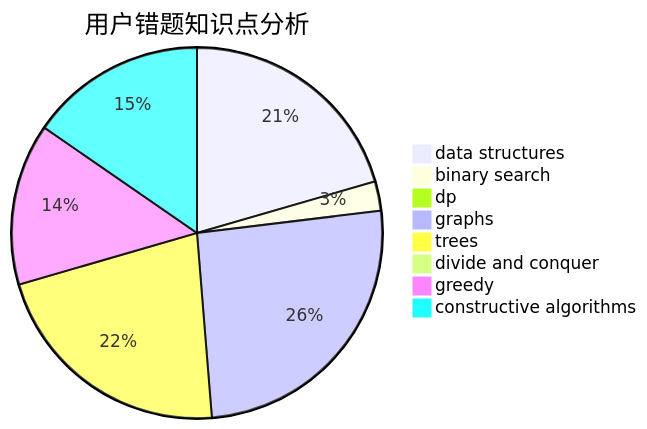
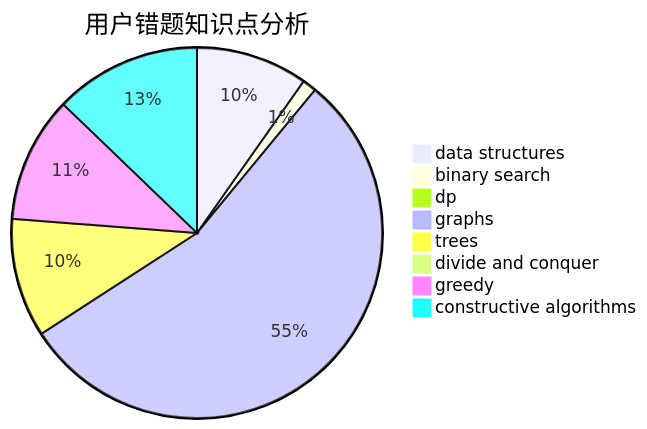
One commit to sherpahu/cfrs.github.io changed the third of 3 diagrams in docs/user/u2718.md. Above: the diagram before and after it, drawn with Mermaid. The commit also changed other lines of this file and 2770 other files, not shown here.

````diff
--- a/docs/user/u2718.md
+++ b/docs/user/u2718.md
@@ -36,11 +36,11 @@
 ```mermaid
 pie title 用户错题知识点分析
     "data structures" :  16
     "binary search" :  2
     "dp" :  0
-    "graphs" :  20
+    "graphs" :  90
     "trees" :  17
     "divide and conquer" :  0
-    "greedy" :  11
-    "constructive algorithms" :  12
+    "greedy" :  18
+    "constructive algorithms" :  21
 ```
````
